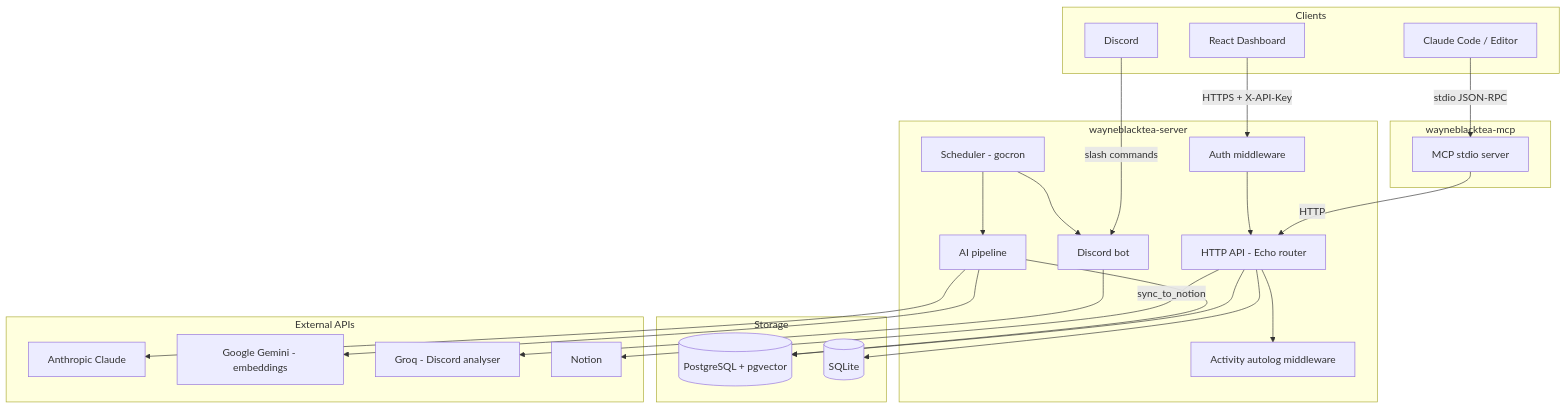
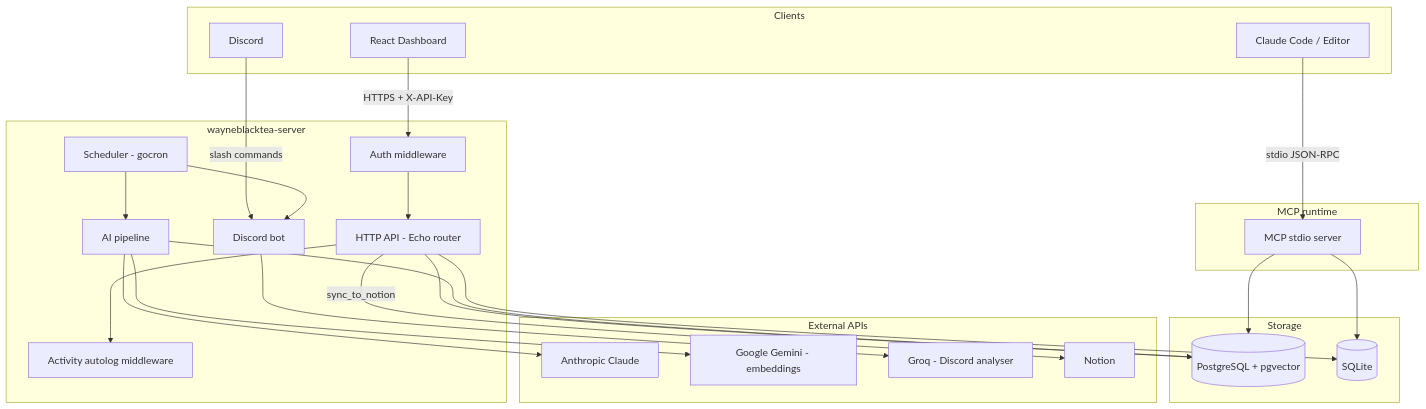
The first of 3 diagrams in docs/architecture.md (Wayne997035/wayneblacktea), drawn with Mermaid before and after one commit. The commit also changed other lines of this file and 57 other files, not shown here.

````diff
--- a/docs/architecture.md
+++ b/docs/architecture.md
@@ -19,53 +19,54 @@
 ```mermaid
 graph TD
     subgraph Clients
         CC[Claude Code / Editor]
         DISC[Discord]
         FE[React Dashboard]
     end
 
     subgraph wayneblacktea-server
         API[HTTP API - Echo router]
         AUTH[Auth middleware]
         ALOG[Activity autolog middleware]
         SCH[Scheduler - gocron]
         AI[AI pipeline]
         BOT[Discord bot]
     end
 
-    subgraph wayneblacktea-mcp
+    subgraph MCP runtime
         MCP[MCP stdio server]
     end
 
     subgraph Storage
         PG[(PostgreSQL + pgvector)]
         SQ[(SQLite)]
     end
 
     subgraph External APIs
         CLAUDE[Anthropic Claude]
         GEMINI[Google Gemini - embeddings]
         GROQ[Groq - Discord analyser]
         NOTION[Notion]
     end
 
     CC -->|stdio JSON-RPC| MCP
     FE -->|HTTPS + X-API-Key| AUTH
     DISC -->|slash commands| BOT
 
-    MCP -->|HTTP| API
+    MCP --> PG
+    MCP --> SQ
     AUTH --> API
     API --> ALOG
     API --> PG
     API --> SQ
 
     SCH --> AI
     AI --> CLAUDE
     AI --> GEMINI
     AI --> PG
 
     SCH --> BOT
     BOT --> GROQ
 
     API -->|sync_to_notion| NOTION
 ```
````
